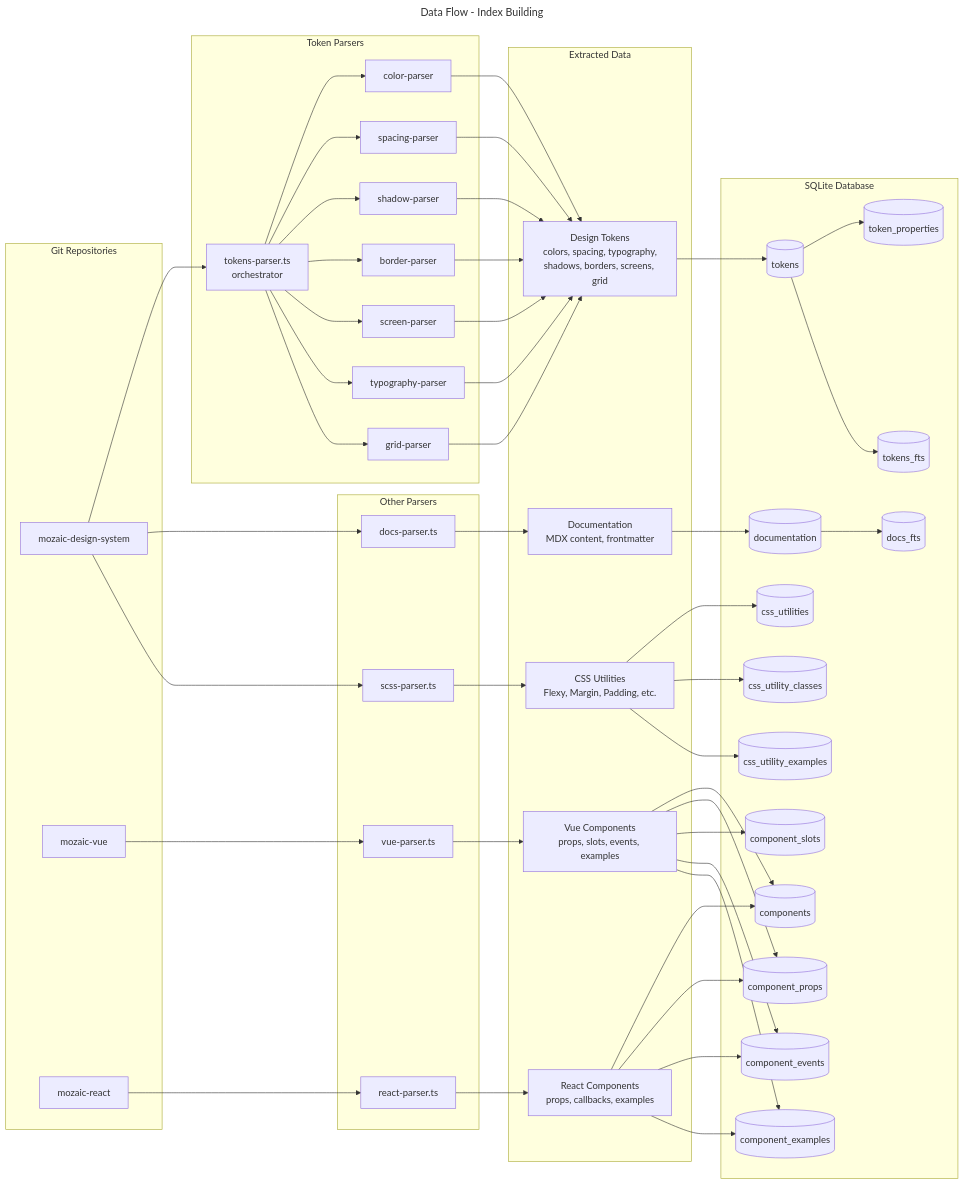
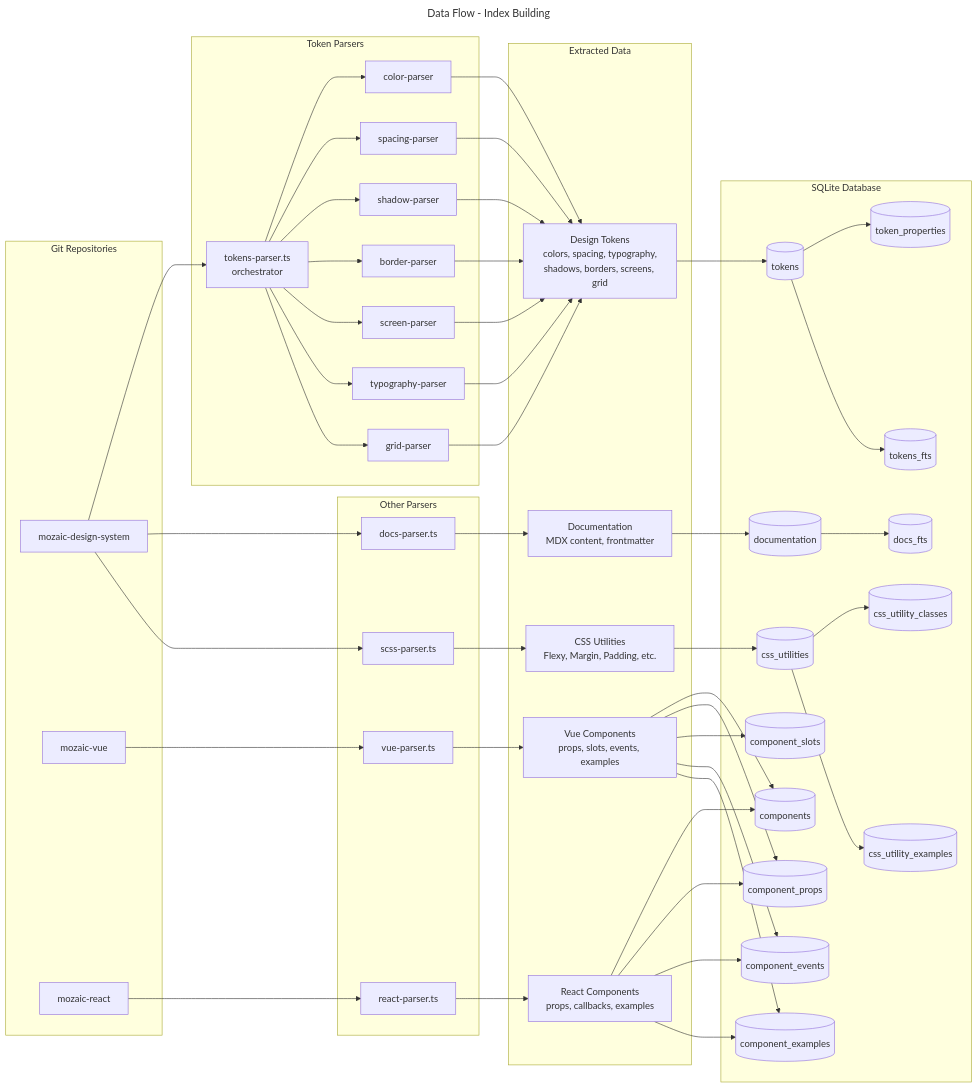
The diagram in docs/assets/dataflow.mmd (MerzoukeMansouri/adeo-mozaic-mcp), drawn with Mermaid before and after one commit. The commit also changed 2 other files, not shown here.

Commit message:
refactor(docs): update dataflow diagram to include CU connections

```diff
--- a/docs/assets/dataflow.mmd
+++ b/docs/assets/dataflow.mmd
@@ -1,66 +1,66 @@
 ---
 title: Data Flow - Index Building
 ---
 flowchart LR
     subgraph Repos["Git Repositories"]
         R1[mozaic-design-system]
         R2[mozaic-vue]
         R3[mozaic-react]
     end
 
     subgraph TokenParsers["Token Parsers"]
         TP[tokens-parser.ts<br/>orchestrator]
         TP1[color-parser]
         TP2[spacing-parser]
         TP3[shadow-parser]
         TP4[border-parser]
         TP5[screen-parser]
         TP6[typography-parser]
         TP7[grid-parser]
     end
 
     subgraph OtherParsers["Other Parsers"]
         P2[vue-parser.ts]
         P3[react-parser.ts]
         P4[docs-parser.ts]
         P5[scss-parser.ts]
     end
 
     subgraph Data["Extracted Data"]
         D1[Design Tokens<br/>colors, spacing, typography,<br/>shadows, borders, screens, grid]
         D2[Vue Components<br/>props, slots, events, examples]
         D3[React Components<br/>props, callbacks, examples]
         D4[Documentation<br/>MDX content, frontmatter]
         D5[CSS Utilities<br/>Flexy, Margin, Padding, etc.]
     end
 
     subgraph DB["SQLite Database"]
         T1[(tokens)]
         T1P[(token_properties)]
         T1F[(tokens_fts)]
         T2[(components)]
         T3[(component_props)]
         T4[(component_slots)]
         T5[(component_events)]
         T6[(component_examples)]
         T7[(documentation)]
         T8[(docs_fts)]
         CU[(css_utilities)]
         CUC[(css_utility_classes)]
         CUE[(css_utility_examples)]
     end
 
     R1 --> TP
     TP --> TP1 & TP2 & TP3 & TP4 & TP5 & TP6 & TP7
     TP1 & TP2 & TP3 & TP4 & TP5 & TP6 & TP7 --> D1
     D1 --> T1
     T1 --> T1P & T1F
 
     R1 --> P4 --> D4 --> T7 --> T8
     R1 --> P5 --> D5 --> CU
+    CU --> CUC & CUE
     R2 --> P2 --> D2 --> T2
     R3 --> P3 --> D3 --> T2
 
     D2 --> T3 & T4 & T5 & T6
     D3 --> T3 & T5 & T6
-    D5 --> CUC & CUE
```
